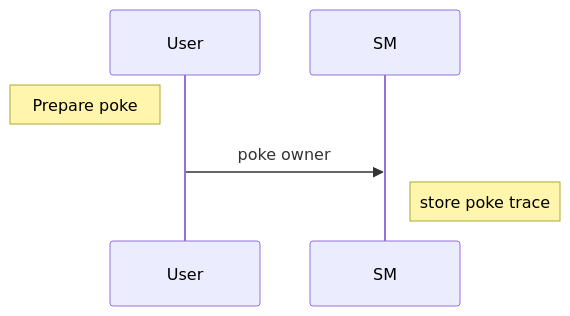
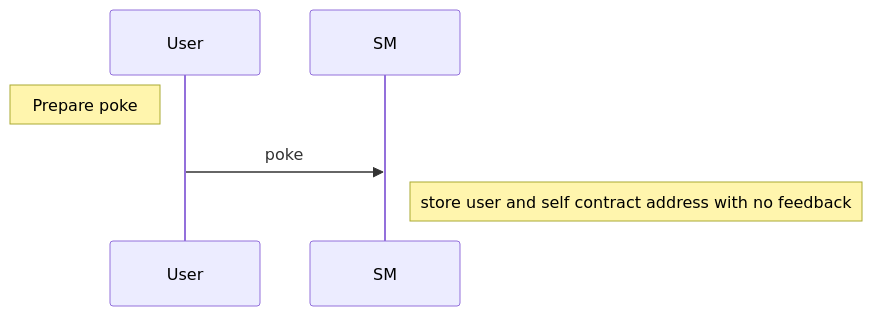
Before and after one commit to Minttez/smart_contract3: the second of 4 diagrams in README.md, drawn with Mermaid. The commit also changed other lines of this file, not shown here.

````diff
--- a/README.md
+++ b/README.md
@@ -28,6 +93,6 @@
 ```mermaid
 sequenceDiagram
   Note left of User: Prepare poke
-  User->>SM: poke owner
-  Note right of SM: store poke trace 
+  User->>SM: poke 
+  Note right of SM: store user and self contract address with no feedback
 ```
````
